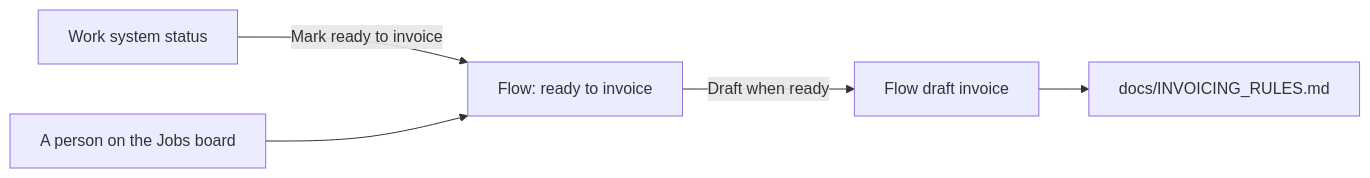
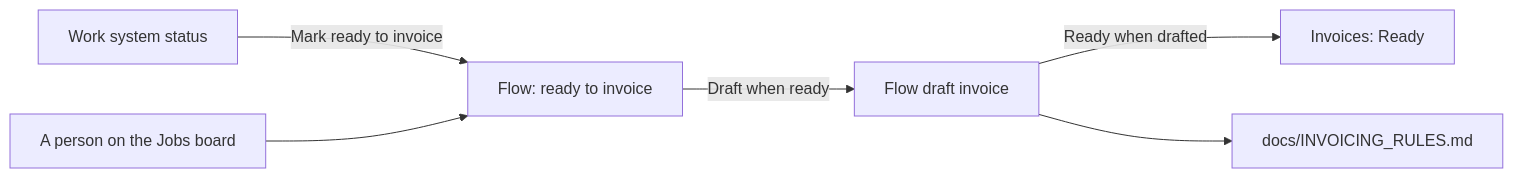
Before and after one commit to arcforgelabs/flow: the diagram in docs/AUTOMATIONS.md, drawn with Mermaid. The commit also changed other lines of this file and 5 other files, not shown here.

````diff
--- a/docs/AUTOMATIONS.md
+++ b/docs/AUTOMATIONS.md
@@ -9,7 +9,8 @@
 ```mermaid
 flowchart LR
   ws[Work system status] -- Mark ready to invoice --> ready[Flow: ready to invoice]
   person[A person on the Jobs board] --> ready
   ready -- Draft when ready --> draft[Flow draft invoice]
+  draft -- Ready when drafted --> send[Invoices: Ready]
   draft --> rules[docs/INVOICING_RULES.md]
 ```
````
